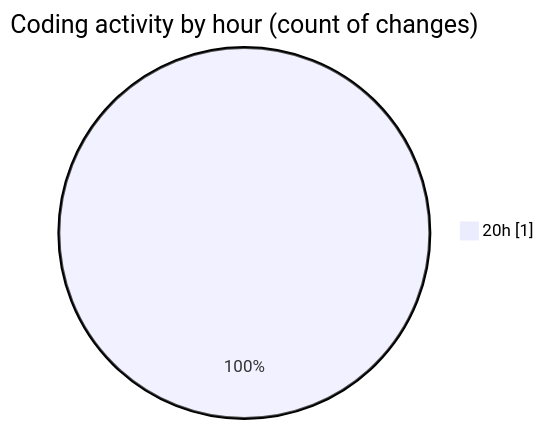
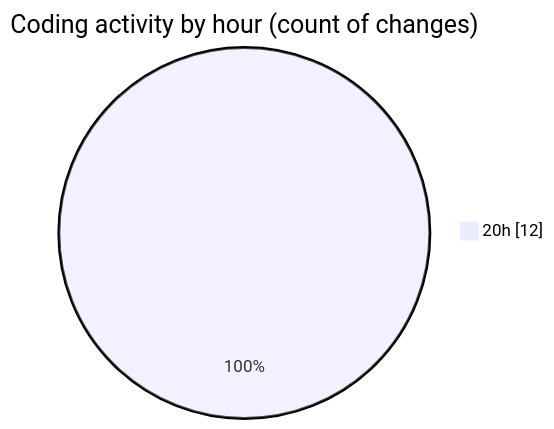
Before and after one commit to IJAZ3593/code-tracking: the second of 2 diagrams in 2025-09-03/deep/README.md, drawn with Mermaid. The commit also changed other lines of this file and 1 other file, not shown here.

````diff
--- a/2025-09-03/deep/README.md
+++ b/2025-09-03/deep/README.md
@@ -28,5 +40,5 @@
 ```mermaid
 pie showData
 title Coding activity by hour (count of changes)
-"20h" : 1
+"20h" : 12
 ```
````
